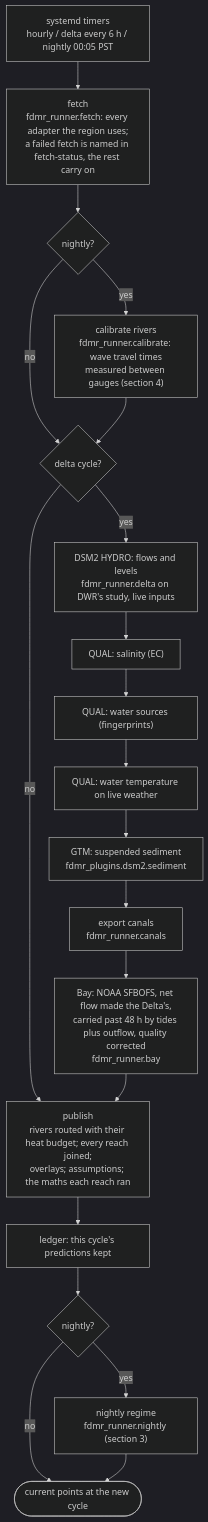
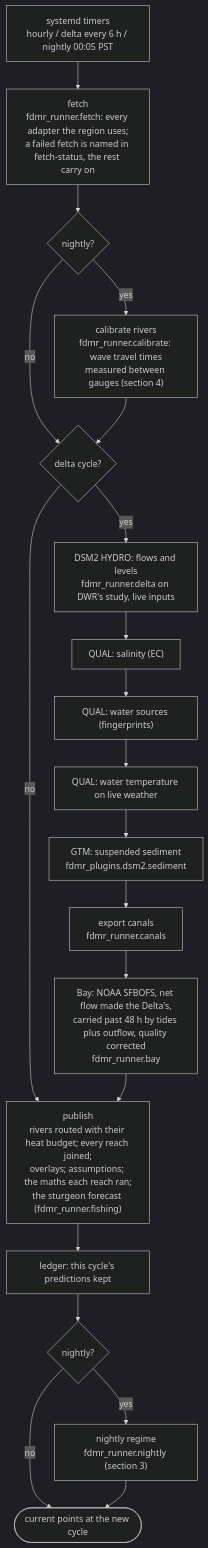
One commit to gavinfischer-keenan/FischerDeltaModelReturns changed the second of 4 diagrams in docs/how-it-works.md. Above: the diagram before and after it, drawn with Mermaid (dark theme). The commit also changed 11 other files, not shown here.

First line of the commit message:
The sturgeon forecast (#19); sediment documented in the format

````diff
--- a/docs/how-it-works.md
+++ b/docs/how-it-works.md
@@ -51,18 +51,18 @@
 ```mermaid
 flowchart TD
   t["systemd timers<br/>hourly / delta every 6 h / nightly 00:05 PST"] --> fe
   fe["fetch<br/>fdmr_runner.fetch: every adapter the region uses;<br/>a failed fetch is named in fetch-status, the rest carry on"] --> n1{nightly?}
   n1 -- yes --> ca["calibrate rivers<br/>fdmr_runner.calibrate: wave travel times<br/>measured between gauges (section 4)"]
   n1 -- no --> d1{delta cycle?}
   ca --> d1
   d1 -- yes --> h["DSM2 HYDRO: flows and levels<br/>fdmr_runner.delta on DWR's study, live inputs"]
   h --> q1["QUAL: salinity (EC)"] --> q2["QUAL: water sources (fingerprints)"] --> q3["QUAL: water temperature on live weather"] --> gt["GTM: suspended sediment<br/>fdmr_plugins.dsm2.sediment"]
   gt --> cn["export canals<br/>fdmr_runner.canals"] --> by["Bay: NOAA SFBOFS, net flow made the Delta's,<br/>carried past 48 h by tides plus outflow, quality corrected<br/>fdmr_runner.bay"]
   d1 -- no --> pu
-  by --> pu["publish<br/>rivers routed with their heat budget; every reach joined;<br/>overlays; assumptions; the maths each reach ran"]
+  by --> pu["publish<br/>rivers routed with their heat budget; every reach joined;<br/>overlays; assumptions; the maths each reach ran;<br/>the sturgeon forecast (fdmr_runner.fishing)"]
   pu --> le["ledger: this cycle's predictions kept"]
   le --> n2{nightly?}
   n2 -- yes --> ni["nightly regime<br/>fdmr_runner.nightly (section 3)"]
   n2 -- no --> done(["current points at the new cycle"])
   ni --> done
 ```
````
